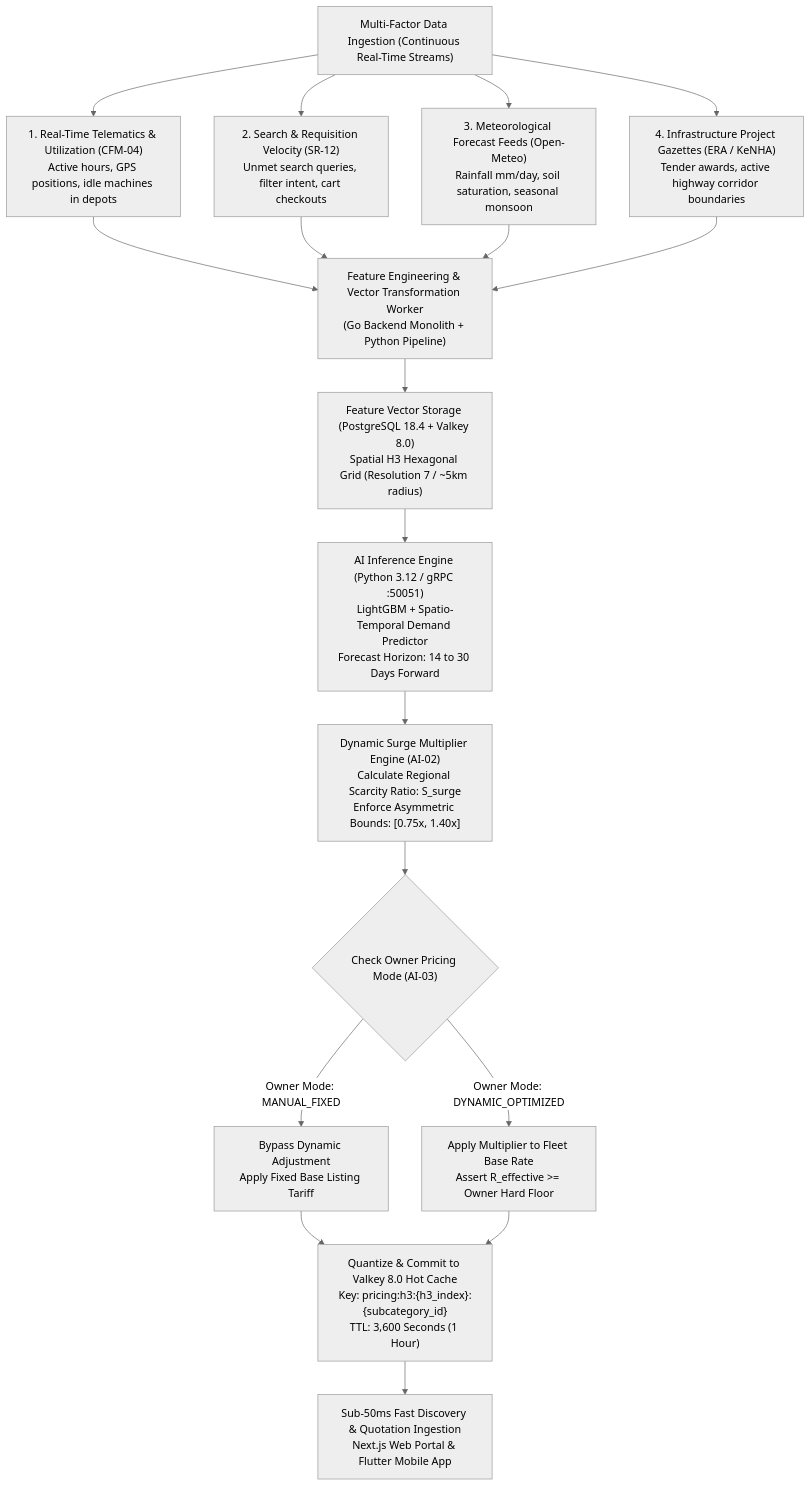
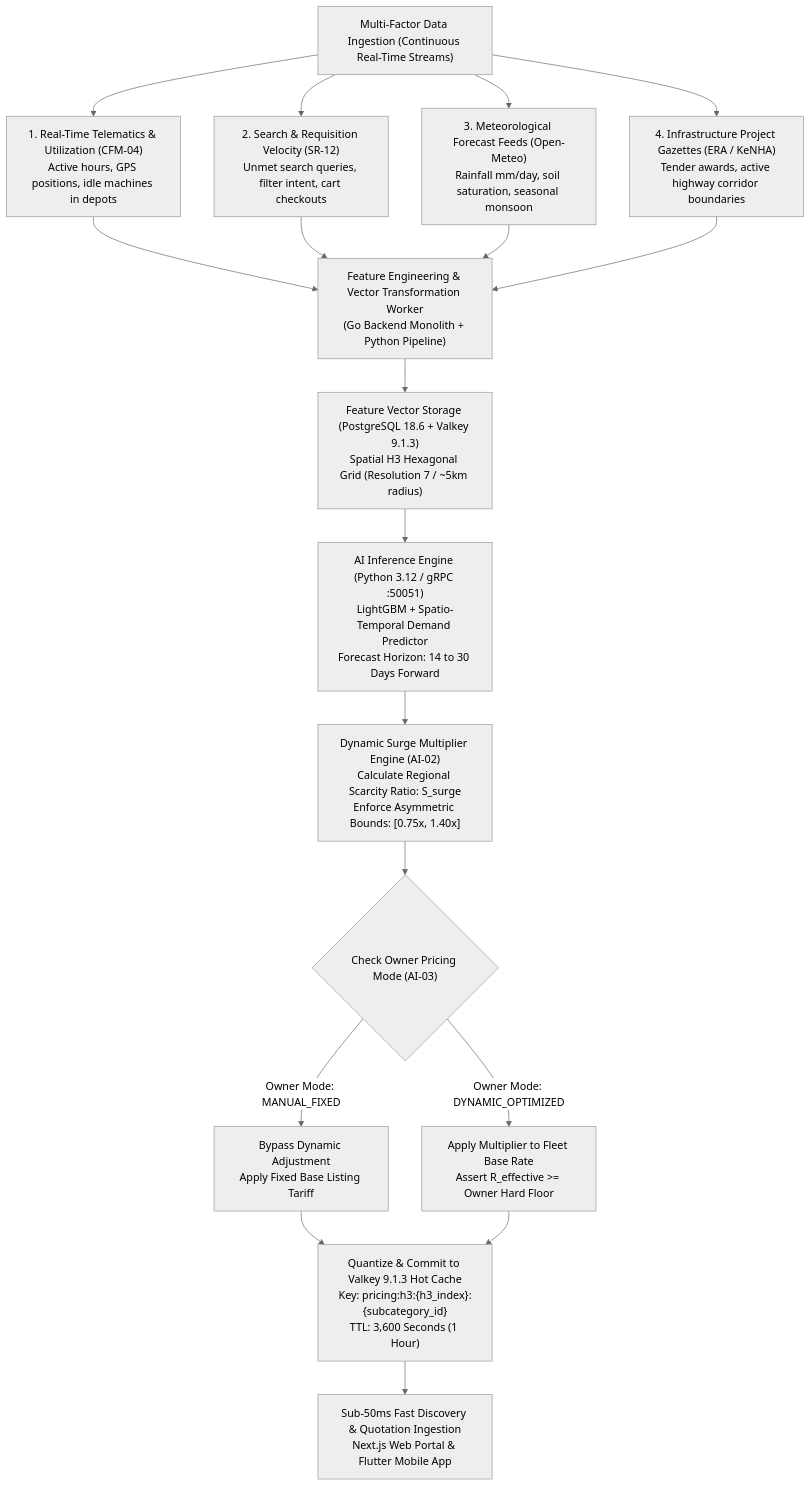
Before and after one commit to YDink/Heavy-Machinery-Logistics-Rental: the first of 3 diagrams in docs/shared/requirements/07-05-ai-based-demand-prediction-surge-pricing.md, drawn with Mermaid (neutral theme). The commit also changed other lines of this file and 212 other files, not shown here.

````diff
--- a/docs/shared/requirements/07-05-ai-based-demand-prediction-surge-pricing.md
+++ b/docs/shared/requirements/07-05-ai-based-demand-prediction-surge-pricing.md
@@ -94,28 +94,28 @@
 ```mermaid
 flowchart TD
     DataSources["Multi-Factor Data Ingestion (Continuous Real-Time Streams)"] --> S1["1. Real-Time Telematics & Utilization (CFM-04)<br/>Active hours, GPS positions, idle machines in depots"]
     DataSources --> S2["2. Search & Requisition Velocity (SR-12)<br/>Unmet search queries, filter intent, cart checkouts"]
     DataSources --> S3["3. Meteorological Forecast Feeds (Open-Meteo)<br/>Rainfall mm/day, soil saturation, seasonal monsoon"]
     DataSources --> S4["4. Infrastructure Project Gazettes (ERA / KeNHA)<br/>Tender awards, active highway corridor boundaries"]
 
     S1 --> FeaturePipeline["Feature Engineering & Vector Transformation Worker<br/>(Go Backend Monolith + Python Pipeline)"]
     S2 --> FeaturePipeline
     S3 --> FeaturePipeline
     S4 --> FeaturePipeline
 
-    FeaturePipeline --> FeatureStore["Feature Vector Storage (PostgreSQL 18.4 + Valkey 8.0)<br/>Spatial H3 Hexagonal Grid (Resolution 7 / ~5km radius)"]
+    FeaturePipeline --> FeatureStore["Feature Vector Storage (PostgreSQL 18.6 + Valkey 9.1.3)<br/>Spatial H3 Hexagonal Grid (Resolution 7 / ~5km radius)"]
 
     FeatureStore --> MLInference["AI Inference Engine (Python 3.12 / gRPC :50051)<br/>LightGBM + Spatio-Temporal Demand Predictor<br/>Forecast Horizon: 14 to 30 Days Forward"]
 
     MLInference --> SurgeEngine["Dynamic Surge Multiplier Engine (AI-02)<br/>Calculate Regional Scarcity Ratio: S_surge<br/>Enforce Asymmetric Bounds: [0.75x, 1.40x]"]
 
     SurgeEngine --> OwnerConfigCheck{"Check Owner Pricing Mode (AI-03)"}
 
     OwnerConfigCheck -->|"Owner Mode: MANUAL_FIXED"| FixedRate["Bypass Dynamic Adjustment<br/>Apply Fixed Base Listing Tariff"]
     OwnerConfigCheck -->|"Owner Mode: DYNAMIC_OPTIMIZED"| ApplySurge["Apply Multiplier to Fleet Base Rate<br/>Assert R_effective >= Owner Hard Floor"]
 
-    FixedRate --> QuantizeCache["Quantize & Commit to Valkey 8.0 Hot Cache<br/>Key: pricing:h3:{h3_index}:{subcategory_id}<br/>TTL: 3,600 Seconds (1 Hour)"]
+    FixedRate --> QuantizeCache["Quantize & Commit to Valkey 9.1.3 Hot Cache<br/>Key: pricing:h3:{h3_index}:{subcategory_id}<br/>TTL: 3,600 Seconds (1 Hour)"]
     ApplySurge --> QuantizeCache
 
     QuantizeCache --> FastDiscovery["Sub-50ms Fast Discovery & Quotation Ingestion<br/>Next.js Web Portal & Flutter Mobile App"]
 ```
````
